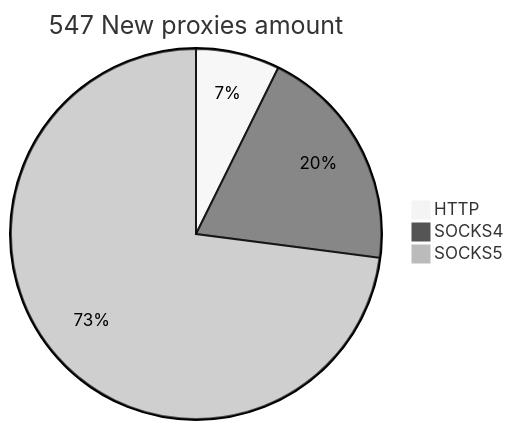
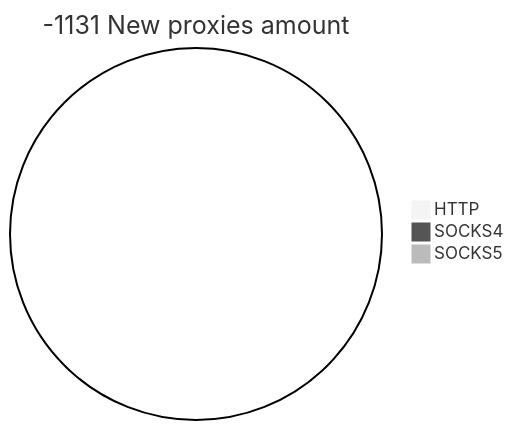
One commit to cutipu/proxylist changed the second of 2 diagrams in README.md. Above: the diagram before and after it, drawn with Mermaid (neutral theme). The commit also changed other lines of this file, not shown here.

````diff
--- a/README.md
+++ b/README.md
@@ -10,6 +10,6 @@
 ```mermaid
-pie title 547 New proxies amount
-    "HTTP" : 40
-    "SOCKS4" : 108
-    "SOCKS5" : 399
+pie title -1131 New proxies amount
+    "HTTP" : 0
+    "SOCKS4" : 0
+    "SOCKS5" : 0
 ```
````
